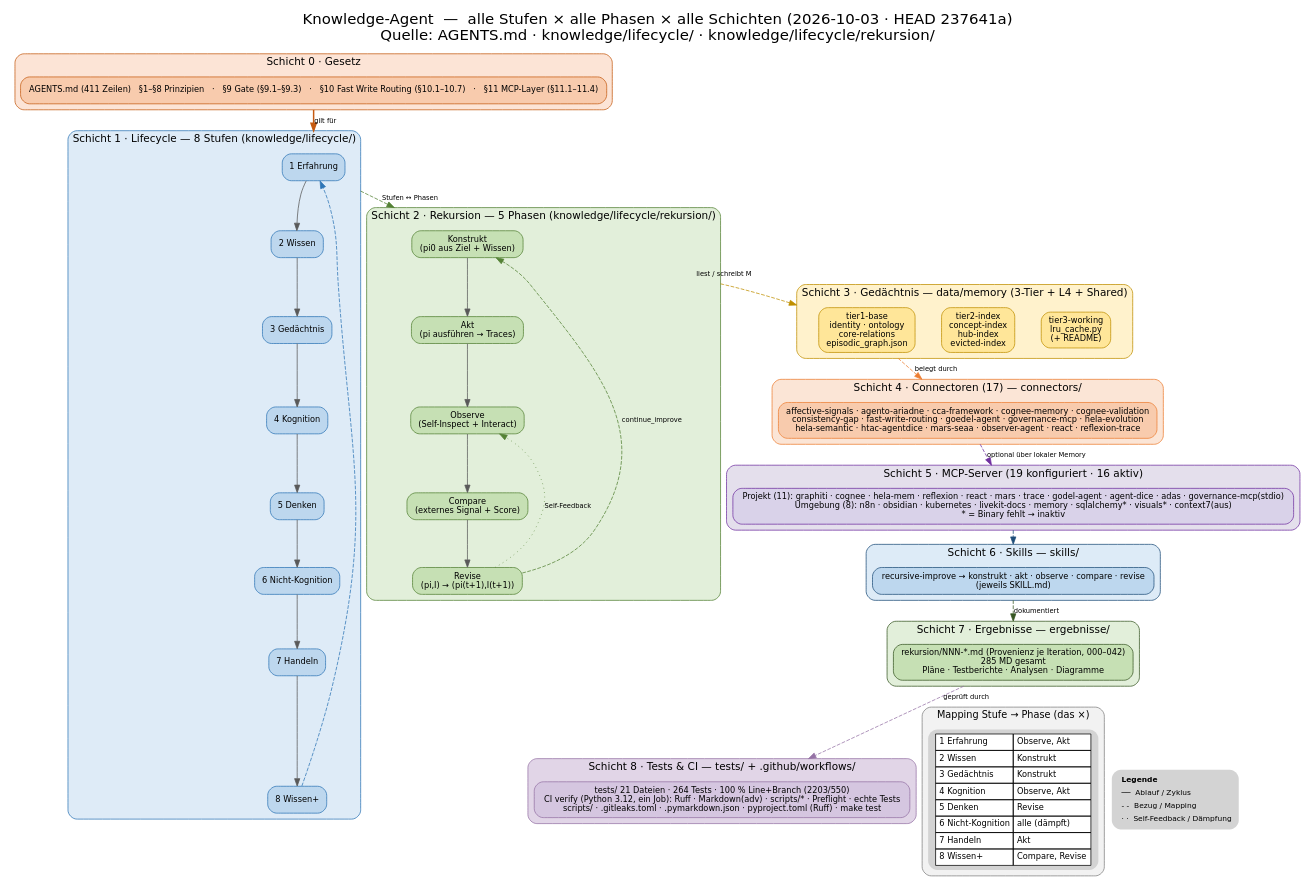
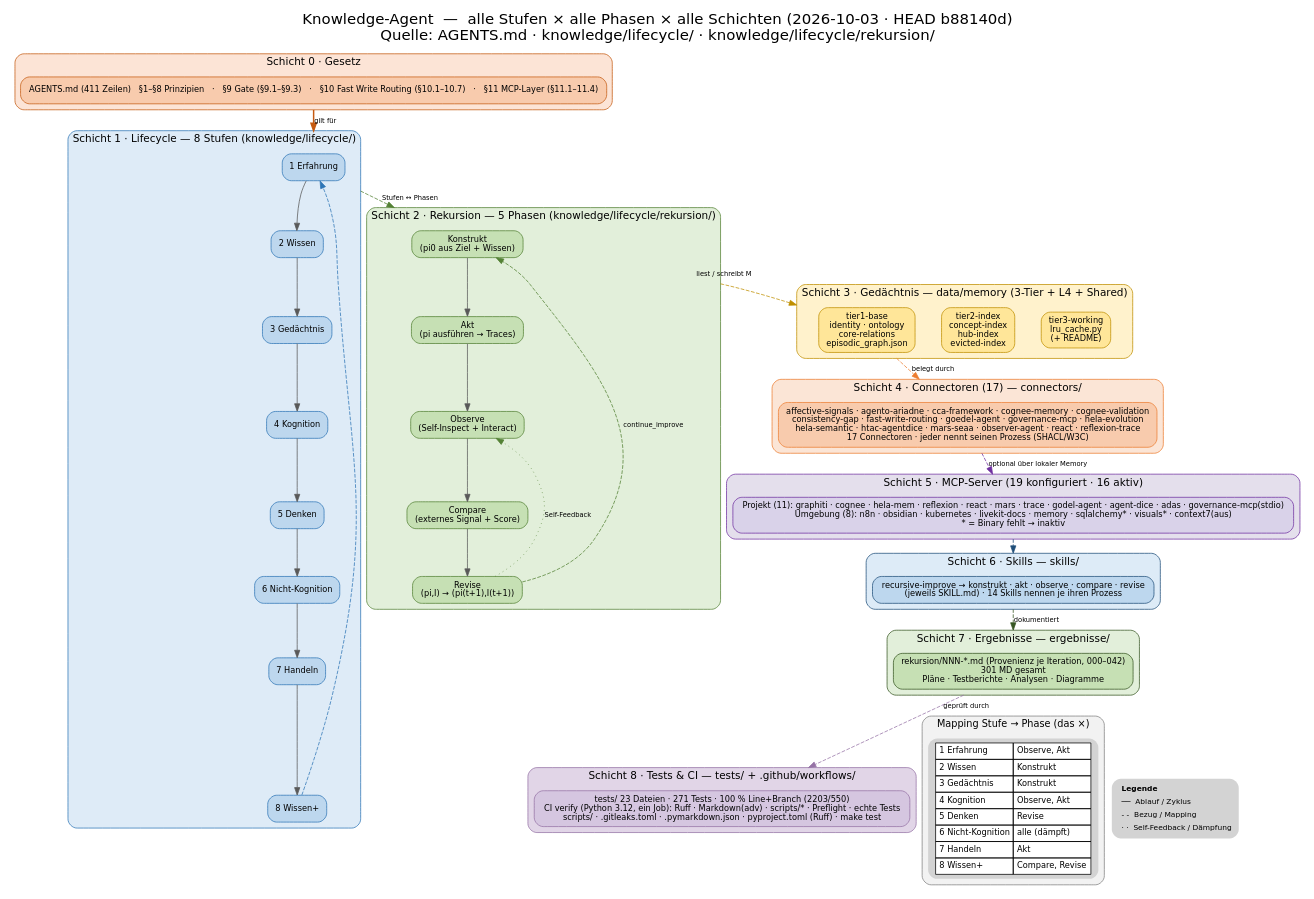
One commit to abatn/Ata3lm changed the diagram in ergebnisse/knowledge-agent-diagramm.dot. Above: the diagram before and after it, drawn with Graphviz. The commit also changed 70 other files, not shown here.

First line of the commit message:
feat: Skill- und Connector-Prozess-Lücken geschlossen + Diagramme aktualisiert

```diff
--- a/ergebnisse/knowledge-agent-diagramm.dot
+++ b/ergebnisse/knowledge-agent-diagramm.dot
@@ -1,133 +1,133 @@
 digraph KnowledgeAgent {
   rankdir=TB;
   compound=true;
   bgcolor="white";
   fontname="DejaVu Sans";
   labelloc="t";
   fontsize=20;
-  label="Knowledge-Agent  —  alle Stufen × alle Phasen × alle Schichten (2026-10-03 · HEAD 237641a)\nQuelle: AGENTS.md · knowledge/lifecycle/ · knowledge/lifecycle/rekursion/";
+  label="Knowledge-Agent  —  alle Stufen × alle Phasen × alle Schichten (2026-10-03 · HEAD b88140d)\nQuelle: AGENTS.md · knowledge/lifecycle/ · knowledge/lifecycle/rekursion/";
   node [shape=box, style="rounded,filled", fontname="DejaVu Sans", fontsize=11, margin="0.14,0.09"];
   edge [fontname="DejaVu Sans", fontsize=9, color="#595959"];
 
   // ================= Schicht 0 · Gesetz =================
   subgraph cluster_law {
     label="Schicht 0 · Gesetz";
     style="filled,rounded"; fillcolor="#FCE4D6"; color="#C55A11"; fontsize=14;
     law [label="AGENTS.md (411 Zeilen)   §1–§8 Prinzipien   ·   §9 Gate (§9.1–§9.3)   ·   §10 Fast Write Routing (§10.1–10.7)   ·   §11 MCP-Layer (§11.1–11.4)", fillcolor="#F8CBAD", color="#C55A11"];
   }
 
   // ================= Schicht 1 · Lifecycle (8 Stufen) =================
   subgraph cluster_stufen {
     label="Schicht 1 · Lifecycle — 8 Stufen (knowledge/lifecycle/)";
     style="filled,rounded"; fillcolor="#DEEBF7"; color="#2E75B6"; fontsize=14;
     s1 [label="1 Erfahrung", fillcolor="#BDD7EE", color="#2E75B6"];
     s2 [label="2 Wissen", fillcolor="#BDD7EE", color="#2E75B6"];
     s3 [label="3 Gedächtnis", fillcolor="#BDD7EE", color="#2E75B6"];
     s4 [label="4 Kognition", fillcolor="#BDD7EE", color="#2E75B6"];
     s5 [label="5 Denken", fillcolor="#BDD7EE", color="#2E75B6"];
     s6 [label="6 Nicht-Kognition", fillcolor="#BDD7EE", color="#2E75B6"];
     s7 [label="7 Handeln", fillcolor="#BDD7EE", color="#2E75B6"];
     s8 [label="8 Wissen+", fillcolor="#BDD7EE", color="#2E75B6"];
     s1 -> s2 -> s3 -> s4 -> s5 -> s6 -> s7 -> s8;
     s8 -> s1 [constraint=false, style=dashed, color="#2E75B6"];
   }
 
   // ================= Schicht 2 · Rekursion (5 Phasen) =================
   subgraph cluster_phasen {
     label="Schicht 2 · Rekursion — 5 Phasen (knowledge/lifecycle/rekursion/)";
     style="filled,rounded"; fillcolor="#E2EFDA"; color="#548235"; fontsize=14;
     p1 [label="Konstrukt\n(pi0 aus Ziel + Wissen)", fillcolor="#C6E0B4", color="#548235"];
     p2 [label="Akt\n(pi ausführen → Traces)", fillcolor="#C6E0B4", color="#548235"];
     p3 [label="Observe\n(Self-Inspect + Interact)", fillcolor="#C6E0B4", color="#548235"];
     p4 [label="Compare\n(externes Signal + Score)", fillcolor="#C6E0B4", color="#548235"];
     p5 [label="Revise\n(pi,I) → (pi(t+1),I(t+1))", fillcolor="#C6E0B4", color="#548235"];
     p1 -> p2 -> p3 -> p4 -> p5;
     p5 -> p1 [constraint=false, style=dashed, color="#548235", label="continue_improve"];
     p5 -> p3 [constraint=false, style=dotted, color="#548235", label="Self-Feedback"];
   }
 
   // ================= Schicht 3 · Gedächtnis (3-Tier) =================
   subgraph cluster_mem {
     label="Schicht 3 · Gedächtnis — data/memory (3-Tier + L4 + Shared)";
     style="filled,rounded"; fillcolor="#FFF2CC"; color="#BF8F00"; fontsize=14;
     {rank=same; m1; m2; m3;}
     m1 [label="tier1-base\nidentity · ontology\ncore-relations\nepisodic_graph.json", fillcolor="#FFE699", color="#BF8F00"];
     m2 [label="tier2-index\nconcept-index\nhub-index\nevicted-index", fillcolor="#FFE699", color="#BF8F00"];
     m3 [label="tier3-working\nlru_cache.py\n(+ README)", fillcolor="#FFE699", color="#BF8F00"];
     m1 -> m2 -> m3 [style=invis];
   }
 
   // ================= Schicht 4 · Connectoren =================
   subgraph cluster_conn {
     label="Schicht 4 · Connectoren (17) — connectors/";
     style="filled,rounded"; fillcolor="#FBE5D6"; color="#ED7D31"; fontsize=14;
-    conn [label="affective-signals · agento-ariadne · cca-framework · cognee-memory · cognee-validation\nconsistency-gap · fast-write-routing · goedel-agent · governance-mcp · hela-evolution\nhela-semantic · htac-agentdice · mars-seaa · observer-agent · react · reflexion-trace", fillcolor="#F8CBAD", color="#ED7D31"];
+    conn [label="affective-signals · agento-ariadne · cca-framework · cognee-memory · cognee-validation\nconsistency-gap · fast-write-routing · goedel-agent · governance-mcp · hela-evolution\nhela-semantic · htac-agentdice · mars-seaa · observer-agent · react · reflexion-trace\n17 Connectoren · jeder nennt seinen Prozess (SHACL/W3C)", fillcolor="#F8CBAD", color="#ED7D31"];
   }
 
   // ================= Schicht 5 · MCP =================
   subgraph cluster_mcp {
     label="Schicht 5 · MCP-Server (19 konfiguriert · 16 aktiv)";
     style="filled,rounded"; fillcolor="#E4DFEC"; color="#7030A0"; fontsize=14;
     mcp [label="Projekt (11): graphiti · cognee · hela-mem · reflexion · react · mars · trace · godel-agent · agent-dice · adas · governance-mcp(stdio)\nUmgebung (8): n8n · obsidian · kubernetes · livekit-docs · memory · sqlalchemy* · visuals* · context7(aus)\n* = Binary fehlt → inaktiv", fillcolor="#D9D2E9", color="#7030A0"];
   }
 
   // ================= Schicht 6 · Skills =================
   subgraph cluster_skills {
     label="Schicht 6 · Skills — skills/";
     style="filled,rounded"; fillcolor="#DDEBF7"; color="#1F4E79"; fontsize=14;
-    sk [label="recursive-improve → konstrukt · akt · observe · compare · revise\n(jeweils SKILL.md)", fillcolor="#BDD7EE", color="#1F4E79"];
+    sk [label="recursive-improve → konstrukt · akt · observe · compare · revise\n(jeweils SKILL.md) · 14 Skills nennen je ihren Prozess", fillcolor="#BDD7EE", color="#1F4E79"];
   }
 
   // ================= Schicht 7 · Ergebnisse =================
   subgraph cluster_res {
     label="Schicht 7 · Ergebnisse — ergebnisse/";
     style="filled,rounded"; fillcolor="#E2EFDA"; color="#375623"; fontsize=14;
-    res [label="rekursion/NNN-*.md (Provenienz je Iteration, 000–042)\n285 MD gesamt\nPläne · Testberichte · Analysen · Diagramme", fillcolor="#C6E0B4", color="#375623"];
+    res [label="rekursion/NNN-*.md (Provenienz je Iteration, 000–042)\n301 MD gesamt\nPläne · Testberichte · Analysen · Diagramme", fillcolor="#C6E0B4", color="#375623"];
   }
 
   // ================= Schicht 8 · Tests & CI =================
   subgraph cluster_tests {
     label="Schicht 8 · Tests & CI — tests/ + .github/workflows/";
     style="filled,rounded"; fillcolor="#E1D5E7"; color="#9673A6"; fontsize=14;
-    tst [label="tests/ 21 Dateien · 264 Tests · 100 % Line+Branch (2203/550)\nCI verify (Python 3.12, ein Job): Ruff · Markdown(adv) · scripts/* · Preflight · echte Tests\nscripts/ · .gitleaks.toml · .pymarkdown.json · pyproject.toml (Ruff) · make test", fillcolor="#D5C6E0", color="#9673A6"];
+    tst [label="tests/ 23 Dateien · 271 Tests · 100 % Line+Branch (2203/550)\nCI verify (Python 3.12, ein Job): Ruff · Markdown(adv) · scripts/* · Preflight · echte Tests\nscripts/ · .gitleaks.toml · .pymarkdown.json · pyproject.toml (Ruff) · make test", fillcolor="#D5C6E0", color="#9673A6"];
   }
 
   // ================= Schicht-Spine (von oben nach unten) =================
   law -> s1 [ltail=cluster_law, lhead=cluster_stufen, style=bold, color="#C55A11", label="gilt für"];
   s1 -> p1 [ltail=cluster_stufen, lhead=cluster_phasen, style=dashed, color="#548235", label="Stufen ↔ Phasen"];
   p1 -> m1 [ltail=cluster_phasen, lhead=cluster_mem, style=dashed, color="#BF8F00", label="liest / schreibt M"];
   m1 -> conn [ltail=cluster_mem, lhead=cluster_conn, style=dashed, color="#ED7D31", label="belegt durch"];
   conn -> mcp [ltail=cluster_conn, lhead=cluster_mcp, style=dashed, color="#7030A0", label="optional über lokaler Memory"];
   mcp -> sk [ltail=cluster_mcp, lhead=cluster_skills, style=dashed, color="#1F4E79"];
   sk -> res [ltail=cluster_skills, lhead=cluster_res, style=dashed, color="#375623", label="dokumentiert"];
   res -> tst [ltail=cluster_res, lhead=cluster_tests, style=dashed, color="#9673A6", label="geprüft durch"];
 
   // ================= Mapping-Tabelle (das "×") =================
   subgraph cluster_map {
     label="Mapping Stufe → Phase (das ×)";
     style="filled,rounded"; fillcolor="#F2F2F2"; color="#808080"; fontsize=13;
     map [shape=plaintext, fontsize=11, label=<
       <TABLE BORDER="0" CELLBORDER="1" CELLSPACING="0" CELLPADDING="4" BGCOLOR="#FFFFFF">
         <TR><TD ALIGN="LEFT">1 Erfahrung</TD><TD ALIGN="LEFT">Observe, Akt</TD></TR>
         <TR><TD ALIGN="LEFT">2 Wissen</TD><TD ALIGN="LEFT">Konstrukt</TD></TR>
         <TR><TD ALIGN="LEFT">3 Gedächtnis</TD><TD ALIGN="LEFT">Konstrukt</TD></TR>
         <TR><TD ALIGN="LEFT">4 Kognition</TD><TD ALIGN="LEFT">Observe, Akt</TD></TR>
         <TR><TD ALIGN="LEFT">5 Denken</TD><TD ALIGN="LEFT">Revise</TD></TR>
         <TR><TD ALIGN="LEFT">6 Nicht-Kognition</TD><TD ALIGN="LEFT">alle (dämpft)</TD></TR>
         <TR><TD ALIGN="LEFT">7 Handeln</TD><TD ALIGN="LEFT">Akt</TD></TR>
         <TR><TD ALIGN="LEFT">8 Wissen+</TD><TD ALIGN="LEFT">Compare, Revise</TD></TR>
       </TABLE>>];
   }
 
   // ================= Legende =================
   legend [shape=plaintext, fontsize=10, label=<
     <TABLE BORDER="0" CELLBORDER="0" CELLSPACING="0" CELLPADDING="3">
       <TR><TD ALIGN="LEFT"><B>Legende</B></TD></TR>
       <TR><TD ALIGN="LEFT">──  Ablauf / Zyklus</TD></TR>
       <TR><TD ALIGN="LEFT">- -  Bezug / Mapping</TD></TR>
       <TR><TD ALIGN="LEFT">· ·  Self-Feedback / Dämpfung</TD></TR>
     </TABLE>>];
 
   res -> map [style=invis];
   res -> legend [style=invis];
 }
```
